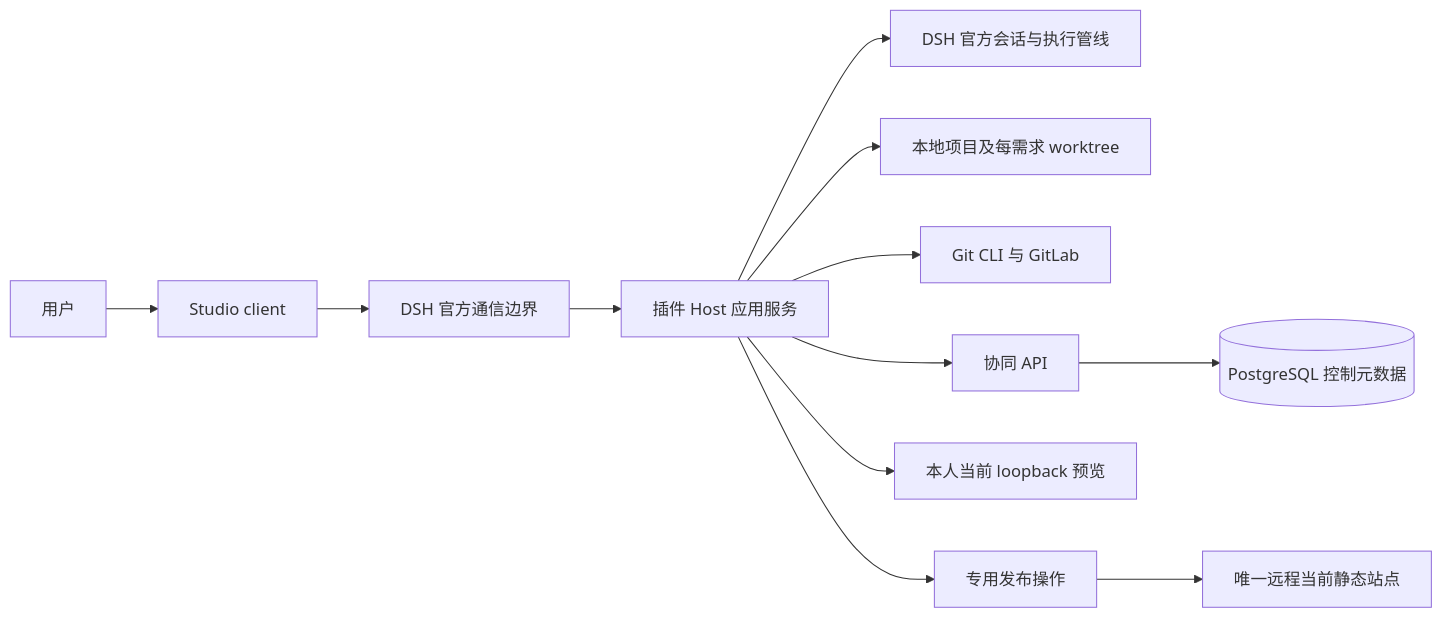
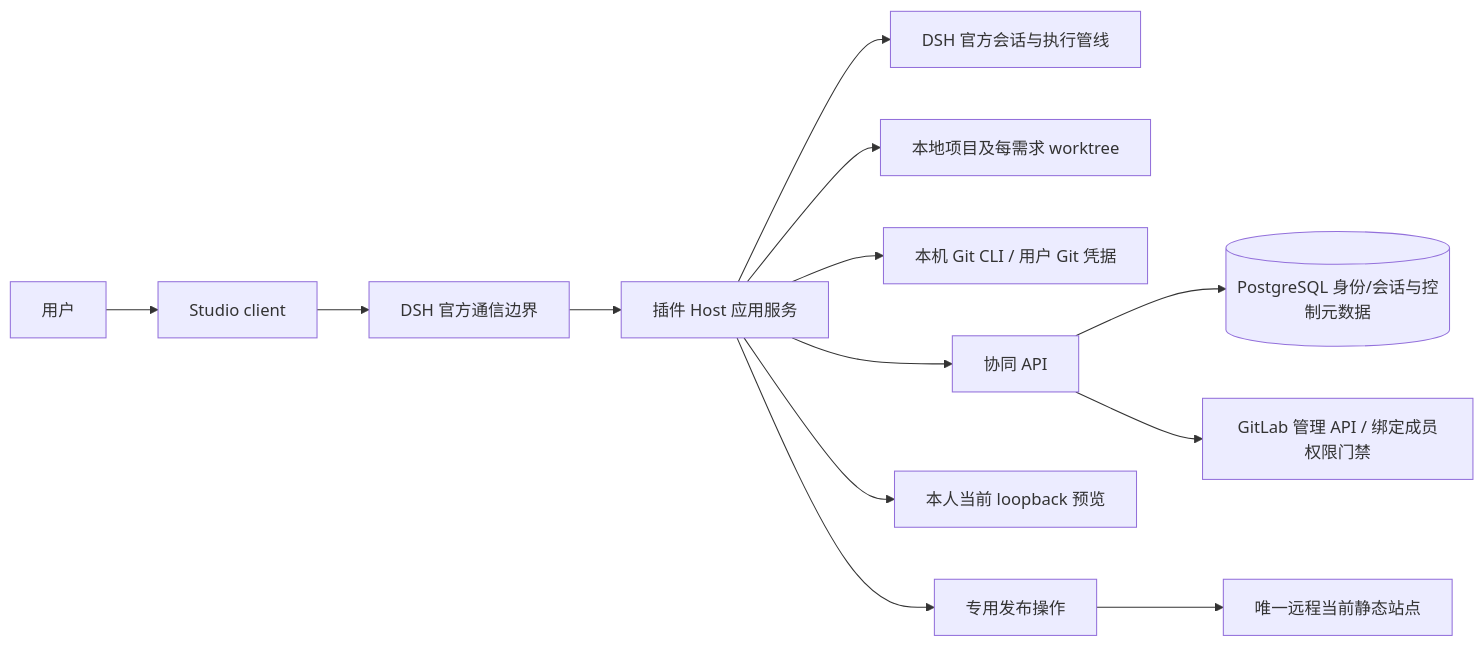
The diagram in dsh_eadp_studio_plan/06-代码架构.md (paulfrom/eadp-studio), drawn with Mermaid before and after one commit. The commit also changed other lines of this file and 95 other files, not shown here.

````diff
--- a/dsh_eadp_studio_plan/06-代码架构.md
+++ b/dsh_eadp_studio_plan/06-代码架构.md
@@ -26,14 +26,15 @@
 ```mermaid
 flowchart LR
     U[用户] --> C[Studio client]
     C --> B[DSH 官方通信边界]
     B --> H[插件 Host 应用服务]
     H --> A[DSH 官方会话与执行管线]
     H --> W[本地项目及每需求 worktree]
-    H --> G[Git CLI 与 GitLab]
+    H --> G[本机 Git CLI / 用户 Git 凭据]
     H --> S[协同 API]
-    S --> P[(PostgreSQL 控制元数据)]
+    S --> P[(PostgreSQL 身份/会话与控制元数据)]
+    S --> L[GitLab 管理 API / 绑定成员权限门禁]
     H --> V[本人当前 loopback 预览]
     H --> D[专用发布操作]
     D --> R[唯一远程当前静态站点]
 ```
````
